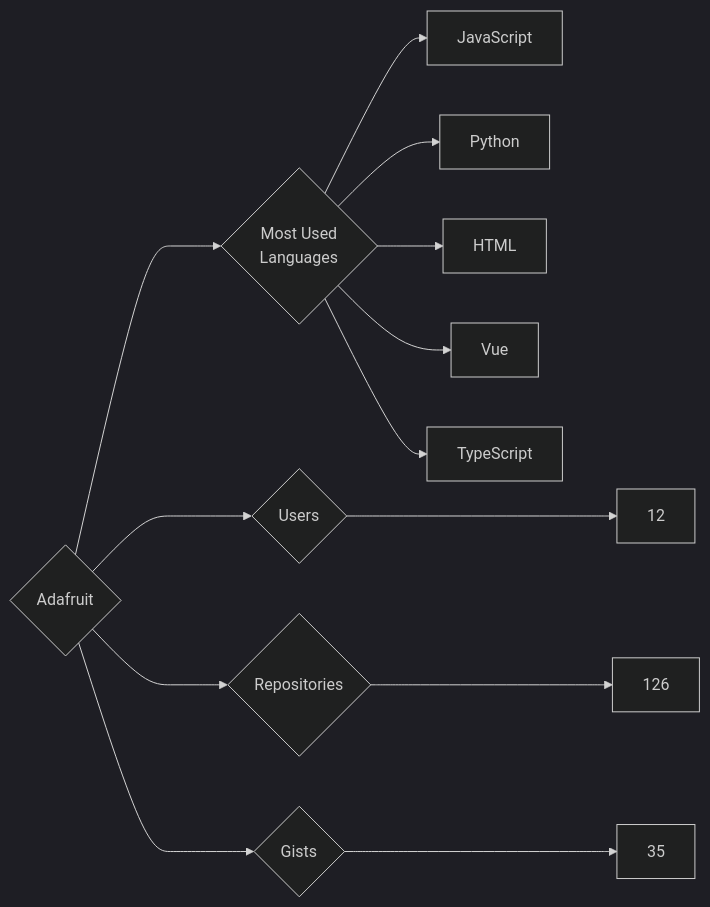
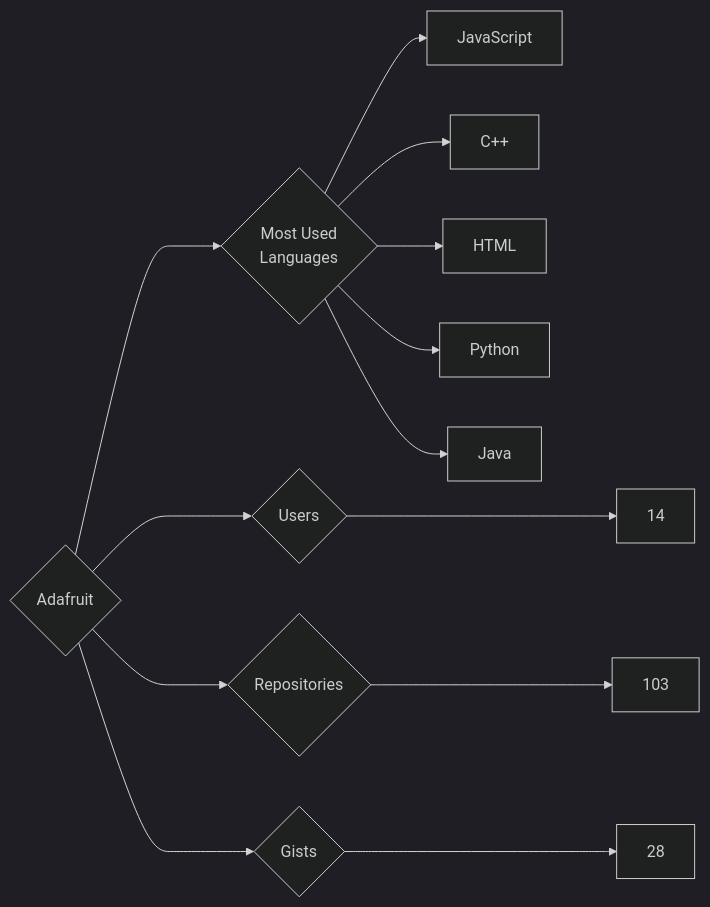
The diagram in targets/Adafruit/README.md (trickest/insiders), drawn with Mermaid (dark theme) before and after one commit. The commit also changed 1055 other files, not shown here.

````diff
--- a/targets/Adafruit/README.md
+++ b/targets/Adafruit/README.md
@@ -3,13 +3,13 @@
 ```mermaid
 graph LR
 COMPANY_NAME{Adafruit}
-COMPANY_NAME ---> U{Users} ---> UN[12]
-COMPANY_NAME ---> R{Repositories} ---> RN[126]
-COMPANY_NAME ---> G{Gists} ---> GN[35]
+COMPANY_NAME ---> U{Users} ---> UN[14]
+COMPANY_NAME ---> R{Repositories} ---> RN[103]
+COMPANY_NAME ---> G{Gists} ---> GN[28]
 COMPANY_NAME ---> ML{Most Used<br>Languages}
 ML --> JavaScript[JavaScript]
+ML --> C++[C++]
+ML --> HTML[HTML]
 ML --> Python[Python]
-ML --> HTML[HTML]
-ML --> Vue[Vue]
-ML --> TypeScript[TypeScript]
+ML --> Java[Java]
 ```
````
